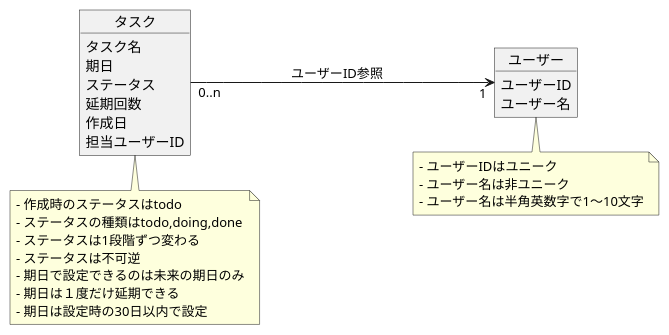
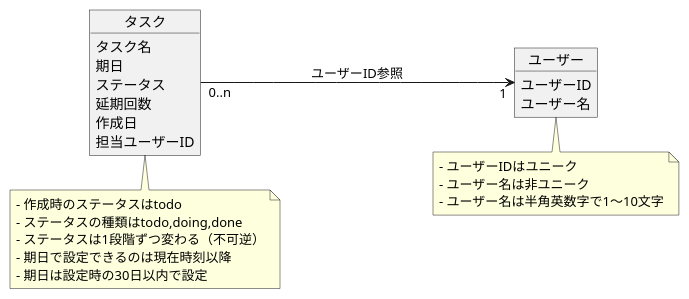
Before and after one commit to joj0hq/ddd-go-tutorial: the diagram in doc/domainModel.pu, drawn with PlantUML.

Commit message:
fix task domain memo

```diff
--- a/doc/domainModel.pu
+++ b/doc/domainModel.pu
@@ -1,23 +1,23 @@
 @startuml
 left to right direction
 
 object ユーザー {
     ユーザーID
     ユーザー名
 }
 
 object タスク {
     タスク名
     期日
     ステータス
     延期回数
     作成日
     担当ユーザーID
 }
 
 タスク "0..n" --> "1" ユーザー : ユーザーID参照
 
 note bottom of ユーザー: - ユーザーIDはユニーク\n- ユーザー名は非ユニーク\n- ユーザー名は半角英数字で1〜10文字
-note bottom of タスク: - 作成時のステータスはtodo\n- ステータスの種類はtodo,doing,done\m\n- ステータスは1段階ずつ変わる\n- ステータスは不可逆\n- 期日で設定できるのは未来の期日のみ\n- 期日は１度だけ延期できる\n- 期日は設定時の30日以内で設定
+note bottom of タスク: - 作成時のステータスはtodo\n- ステータスの種類はtodo,doing,done\m\n- ステータスは1段階ずつ変わる（不可逆）\n- 期日で設定できるのは現在時刻以降\n- 期日は設定時の30日以内で設定
 
 @enduml
```
